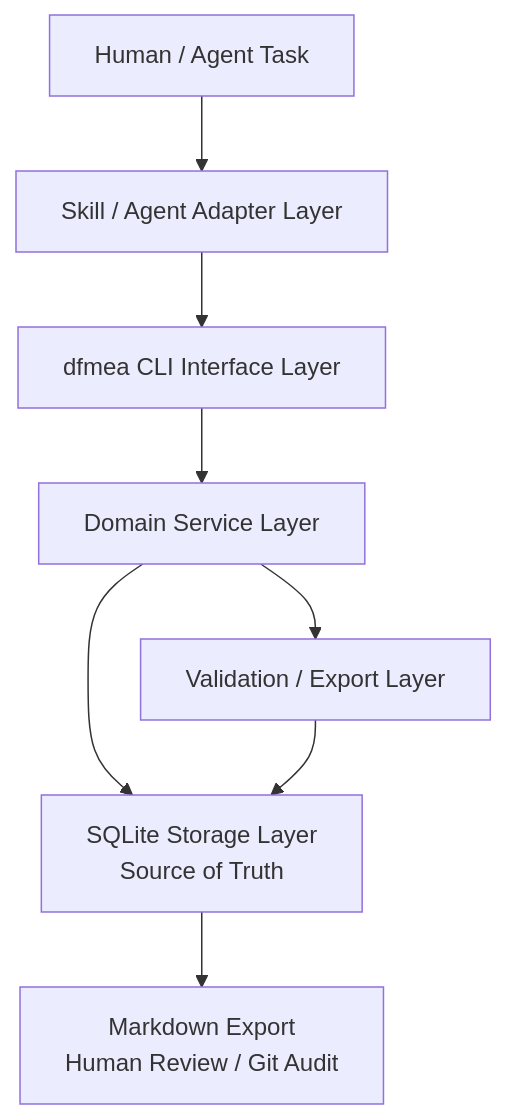
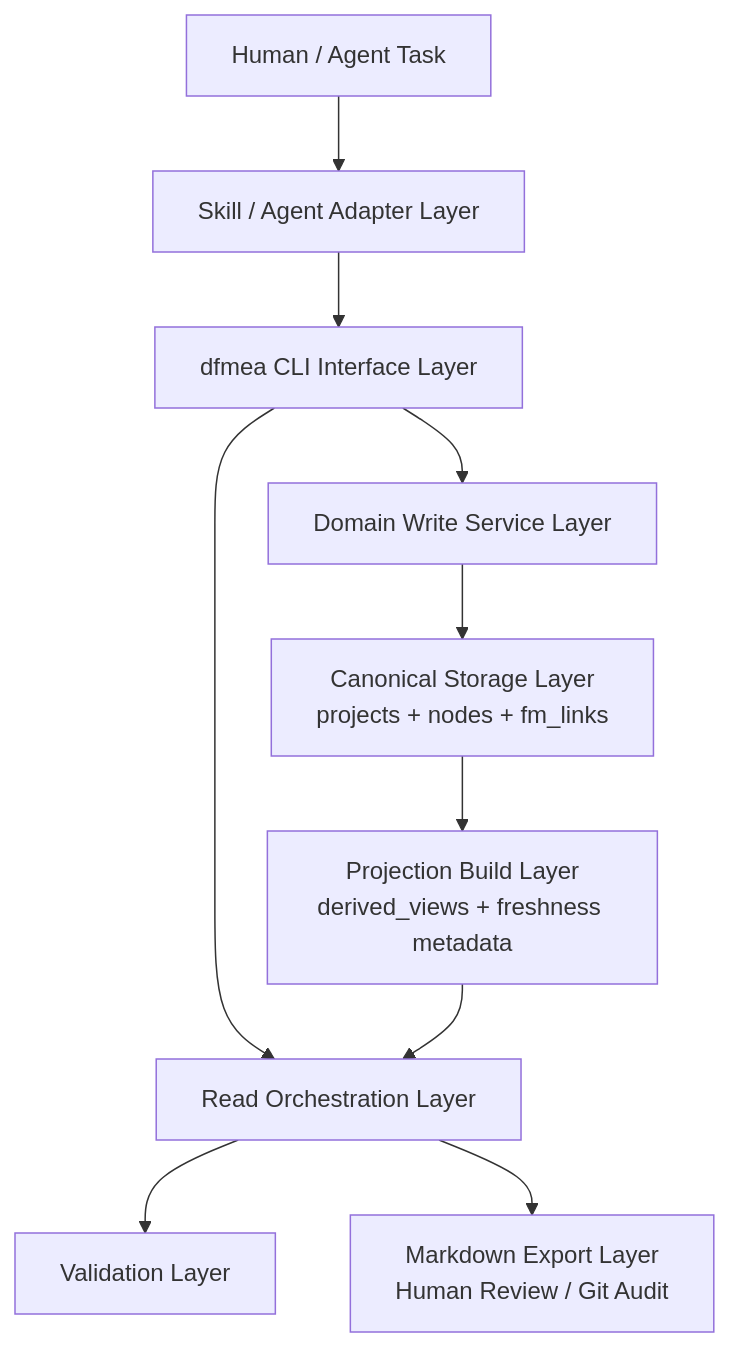
The diagram in docs/architecture/2026-03-16-dfmea-skill-architecture.md (ygbhu/dfmea), drawn with Mermaid before and after one commit. The commit also changed other lines of this file and 27 other files, not shown here.

First line of the commit message:
feat: add projection-driven dfmea read models

````diff
--- a/docs/architecture/2026-03-16-dfmea-skill-architecture.md
+++ b/docs/architecture/2026-03-16-dfmea-skill-architecture.md
@@ -54,10 +56,12 @@
 ```mermaid
 graph TD
     USER["Human / Agent Task"] --> ADAPTER["Skill / Agent Adapter Layer"]
     ADAPTER --> CLI["dfmea CLI Interface Layer"]
-    CLI --> SERVICE["Domain Service Layer"]
-    SERVICE --> DB["SQLite Storage Layer\nSource of Truth"]
-    SERVICE --> MAINTAIN["Validation / Export Layer"]
-    MAINTAIN --> DB
-    DB --> MARKDOWN["Markdown Export\nHuman Review / Git Audit"]
+    CLI --> WRITE["Domain Write Service Layer"]
+    CLI --> READ["Read Orchestration Layer"]
+    WRITE --> DB["Canonical Storage Layer\nprojects + nodes + fm_links"]
+    DB --> PROJ["Projection Build Layer\nderived_views + freshness metadata"]
+    PROJ --> READ
+    READ --> VALIDATE["Validation Layer"]
+    READ --> MARKDOWN["Markdown Export Layer\nHuman Review / Git Audit"]
 ```
````
